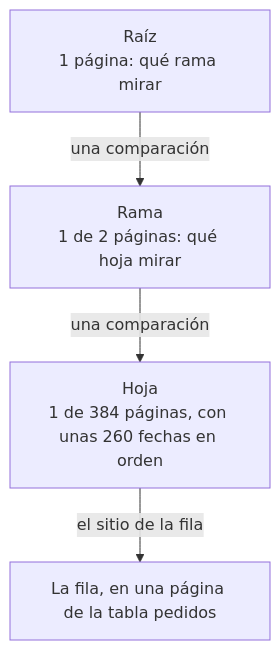
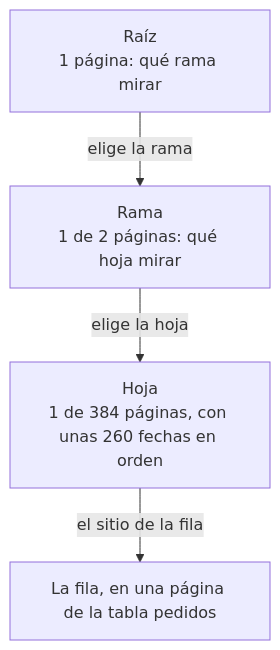
One commit to backendfromscratch/backend-from-scratch changed the diagram in web/src/content/docs/fase-5/indices-sql-explain.mdx. Above: the diagram before and after it, drawn with Mermaid. The commit also changed other lines of this file and 386 other files, not shown here.

````diff
--- a/web/src/content/docs/fase-5/indices-sql-explain.mdx
+++ b/web/src/content/docs/fase-5/indices-sql-explain.mdx
@@ -80,6 +80,6 @@
 ```mermaid
 flowchart TB
-    A["Raíz<br/>1 página: qué rama mirar"] -->|una comparación| B["Rama<br/>1 de 2 páginas: qué hoja mirar"]
-    B -->|una comparación| C["Hoja<br/>1 de 384 páginas, con unas 260 fechas en orden"]
+    A["Raíz<br/>1 página: qué rama mirar"] -->|elige la rama| B["Rama<br/>1 de 2 páginas: qué hoja mirar"]
+    B -->|elige la hoja| C["Hoja<br/>1 de 384 páginas, con unas 260 fechas en orden"]
     C -->|el sitio de la fila| D["La fila, en una página de la tabla pedidos"]
 ```
````
